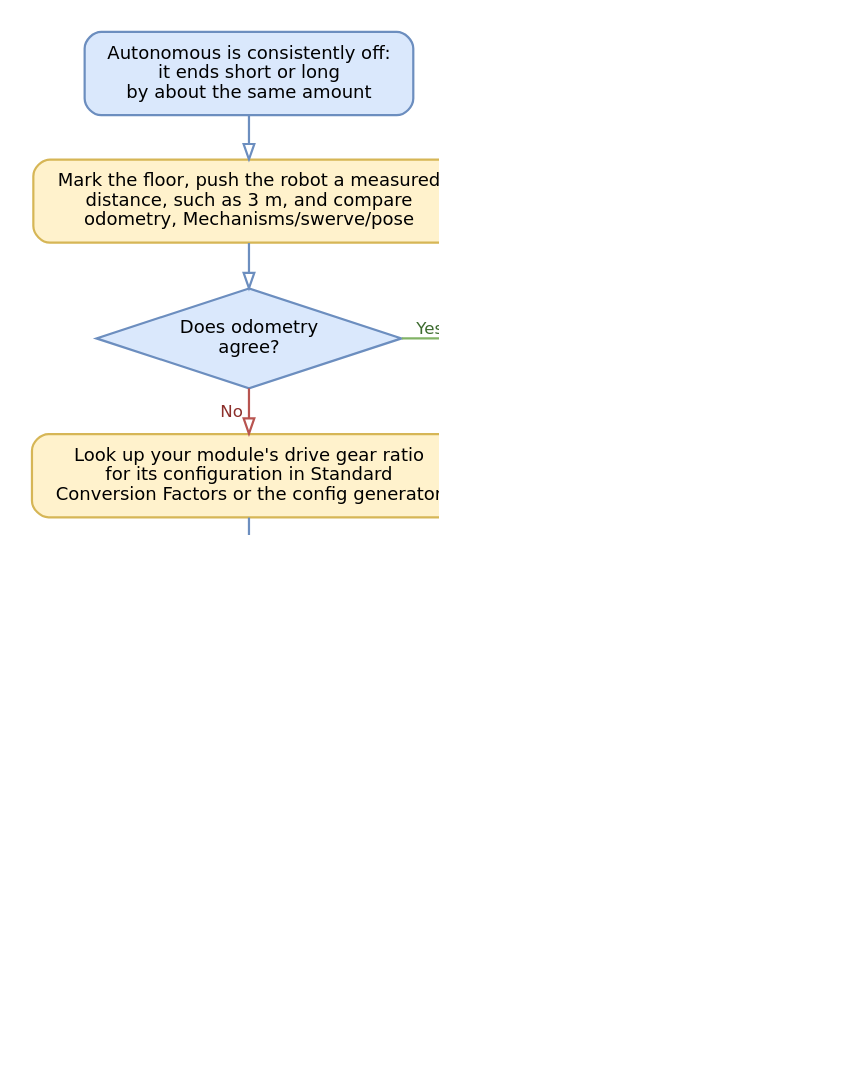
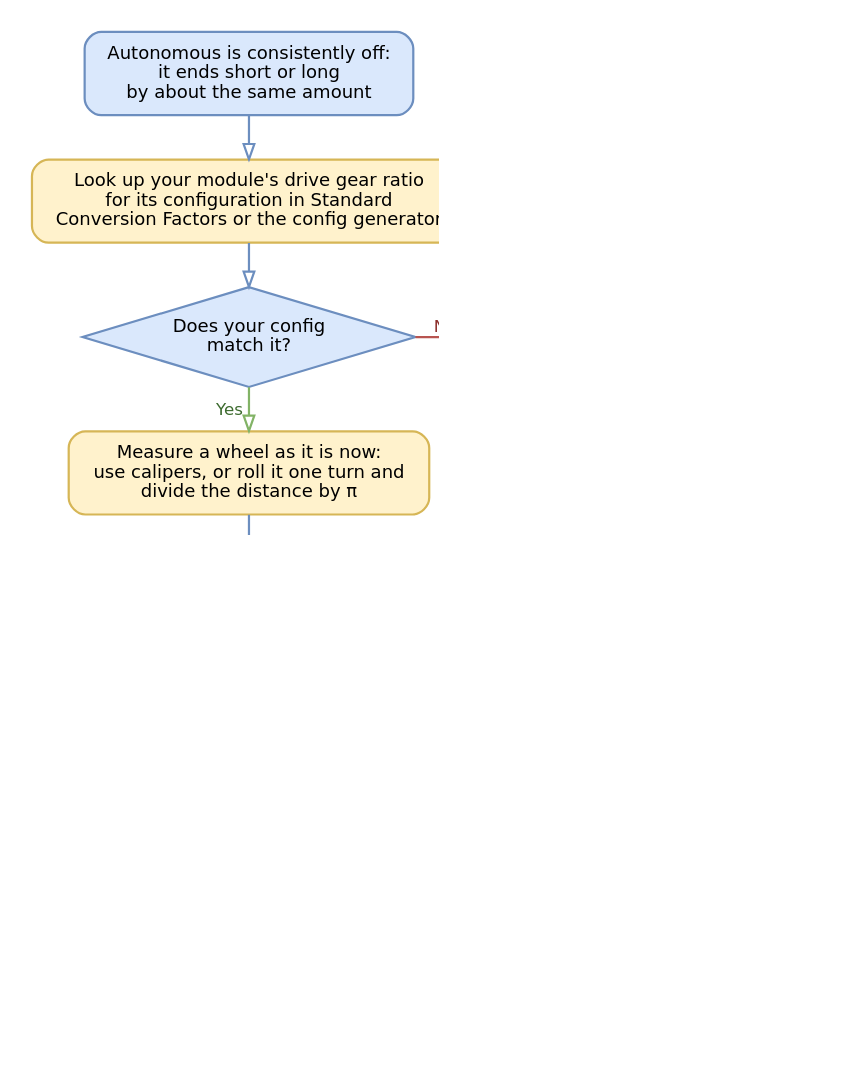
The diagram in .gitbook/assets/yagsl-flowchart-auto.dot (Yet-Another-Software-Suite/YAGSL-gitbook), drawn with Graphviz before and after one commit. The commit also changed 10 other files, not shown here.

Commit message:
Flowcharts: fast checks first, slow checks last

```diff
--- a/.gitbook/assets/yagsl-flowchart-auto.dot
+++ b/.gitbook/assets/yagsl-flowchart-auto.dot
@@ -1,30 +1,30 @@
 digraph G {
   graph [rankdir=TB, nodesep=0.5, ranksep=0.45, pad=0.3, bgcolor="white", dpi=150, splines=ortho];
   node  [fontname="DejaVu Sans", fontsize=13, margin="0.2,0.12", penwidth=1.6];
   edge  [fontname="DejaVu Sans", fontsize=12, penwidth=1.6, arrowhead=onormal, arrowsize=1.1];
   graph [nodesep=1.1];
   s [label="Autonomous is consistently off:\nit ends short or long\nby about the same amount", shape=box, style="rounded,filled", fillcolor="#dae8fc", color="#6c8ebf"];
-  h1 [label="Mark the floor, push the robot a measured\ndistance, such as 3 m, and compare\nodometry, Mechanisms/swerve/pose", shape=box, style="rounded,filled", fillcolor="#fff2cc", color="#d6b656"];
-  q1 [label="Does odometry\nagree?", shape=diamond, style=filled, fillcolor="#dae8fc", color="#6c8ebf", margin="0.05,0.05"];
-  f1 [label="Odometry is right, so the path\nfollowing is off: see the Robot is\ndrifting flowchart and\nSet up PathPlanner", shape=box, style="rounded,filled", fillcolor="#f8cecc", color="#b85450"];
+  h1 [label="Look up your module's drive gear ratio\nfor its configuration in Standard\nConversion Factors or the config generator", shape=box, style="rounded,filled", fillcolor="#fff2cc", color="#d6b656"];
+  q1 [label="Does your config\nmatch it?", shape=diamond, style=filled, fillcolor="#dae8fc", color="#6c8ebf", margin="0.05,0.05"];
+  f1 [label="Fix the drive gear ratio", shape=box, style="rounded,filled", fillcolor="#f8cecc", color="#b85450"];
   {rank=same; q1; f1;}
   s -> h1 [color="#6c8ebf", weight=10];
   h1 -> q1 [color="#6c8ebf", weight=10];
-  q1 -> f1 [xlabel=" Yes ", color="#82b366", fontcolor="#3d6b2f"];
-  q1 -> h2 [xlabel=" No ", color="#b85450", fontcolor="#8c2f2b", weight=10];
-  h2 [label="Look up your module's drive gear ratio\nfor its configuration in Standard\nConversion Factors or the config generator", shape=box, style="rounded,filled", fillcolor="#fff2cc", color="#d6b656"];
-  q2 [label="Does your config\nmatch it?", shape=diamond, style=filled, fillcolor="#dae8fc", color="#6c8ebf", margin="0.05,0.05"];
-  f2 [label="Fix the drive gear ratio", shape=box, style="rounded,filled", fillcolor="#f8cecc", color="#b85450"];
+  q1 -> f1 [xlabel=" No ", color="#b85450", fontcolor="#8c2f2b"];
+  q1 -> h2 [xlabel=" Yes ", color="#82b366", fontcolor="#3d6b2f", weight=10];
+  h2 [label="Measure a wheel as it is now:\nuse calipers, or roll it one turn and\ndivide the distance by π", shape=box, style="rounded,filled", fillcolor="#fff2cc", color="#d6b656"];
+  q2 [label="Does the diameter\nmatch your config?", shape=diamond, style=filled, fillcolor="#dae8fc", color="#6c8ebf", margin="0.05,0.05"];
+  f2 [label="Worn tread is smaller than new:\nupdate the wheel diameter,\nor replace the tread", shape=box, style="rounded,filled", fillcolor="#f8cecc", color="#b85450"];
   {rank=same; q2; f2;}
   h2 -> q2 [color="#6c8ebf", weight=10];
   q2 -> f2 [xlabel=" No ", color="#b85450", fontcolor="#8c2f2b"];
   q2 -> h3 [xlabel=" Yes ", color="#82b366", fontcolor="#3d6b2f", weight=10];
-  h3 [label="Measure a wheel as it is now:\nuse calipers, or roll it one turn and\ndivide the distance by π", shape=box, style="rounded,filled", fillcolor="#fff2cc", color="#d6b656"];
-  q3 [label="Does the diameter\nmatch your config?", shape=diamond, style=filled, fillcolor="#dae8fc", color="#6c8ebf", margin="0.05,0.05"];
-  f3 [label="Worn tread is smaller than new:\nupdate the wheel diameter,\nor replace the tread", shape=box, style="rounded,filled", fillcolor="#f8cecc", color="#b85450"];
+  h3 [label="Mark the floor, push the robot a measured\ndistance, such as 3 m, and compare\nodometry, Mechanisms/swerve/pose", shape=box, style="rounded,filled", fillcolor="#fff2cc", color="#d6b656"];
+  q3 [label="Does odometry\nagree?", shape=diamond, style=filled, fillcolor="#dae8fc", color="#6c8ebf", margin="0.05,0.05"];
+  f3 [label="Check that no module has its own\ngearing override, and that the\nwheels aren't slipping: lower the\npath's maximum acceleration", shape=box, style="rounded,filled", fillcolor="#f8cecc", color="#b85450"];
   {rank=same; q3; f3;}
   h3 -> q3 [color="#6c8ebf", weight=10];
   q3 -> f3 [xlabel=" No ", color="#b85450", fontcolor="#8c2f2b"];
   q3 -> d [xlabel=" Yes ", color="#82b366", fontcolor="#3d6b2f", weight=10];
-  d [label="Check that no module has its own\ngearing override, and that the wheels\naren't slipping: lower the path's\nmaximum acceleration", shape=box, style="rounded,filled", fillcolor="#d5e8d4", color="#82b366"];
+  d [label="Odometry is right, so the path\nfollowing is off: see the Robot is\ndrifting flowchart and\nSet up PathPlanner", shape=box, style="rounded,filled", fillcolor="#d5e8d4", color="#82b366"];
 }
```
